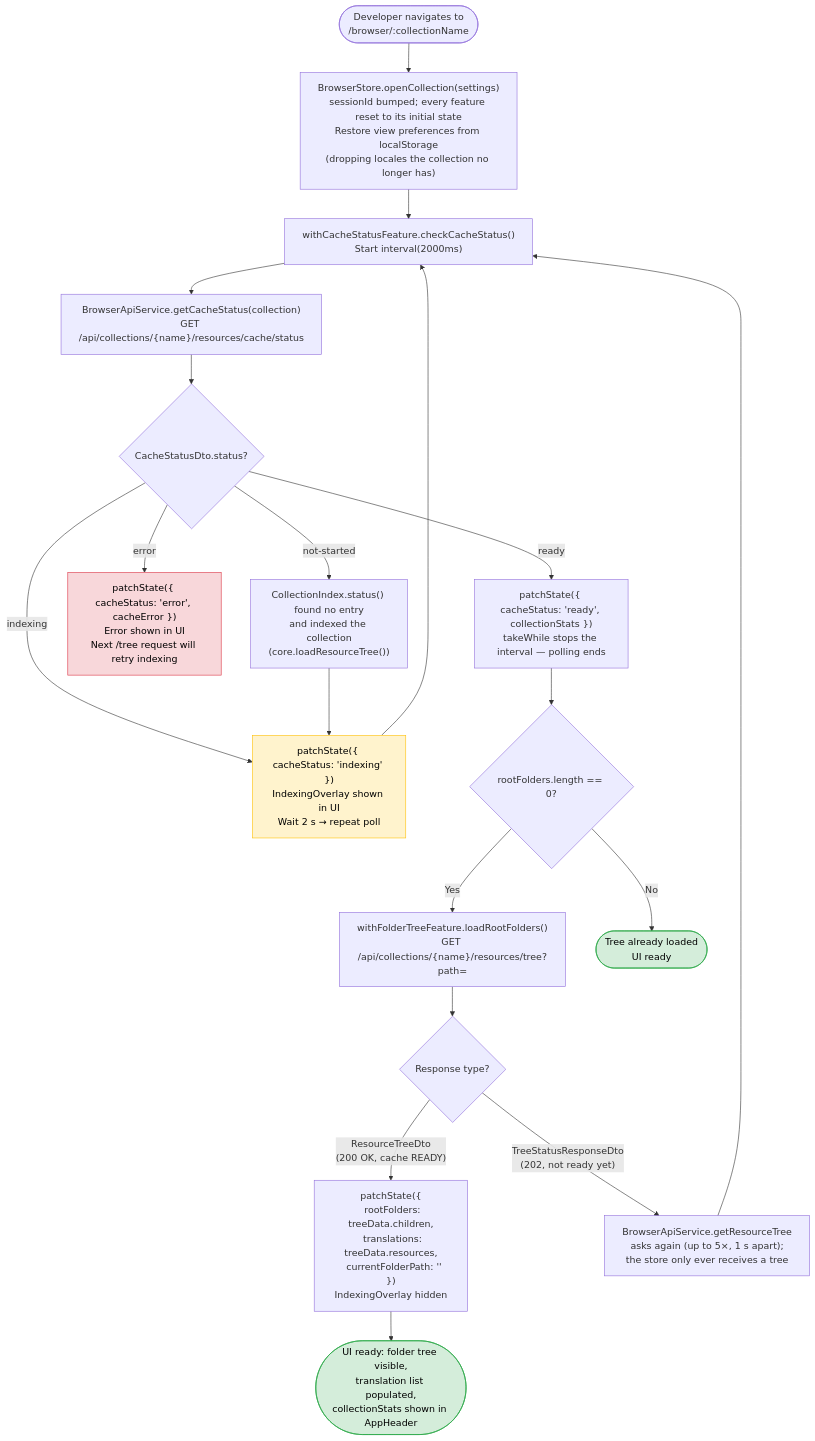
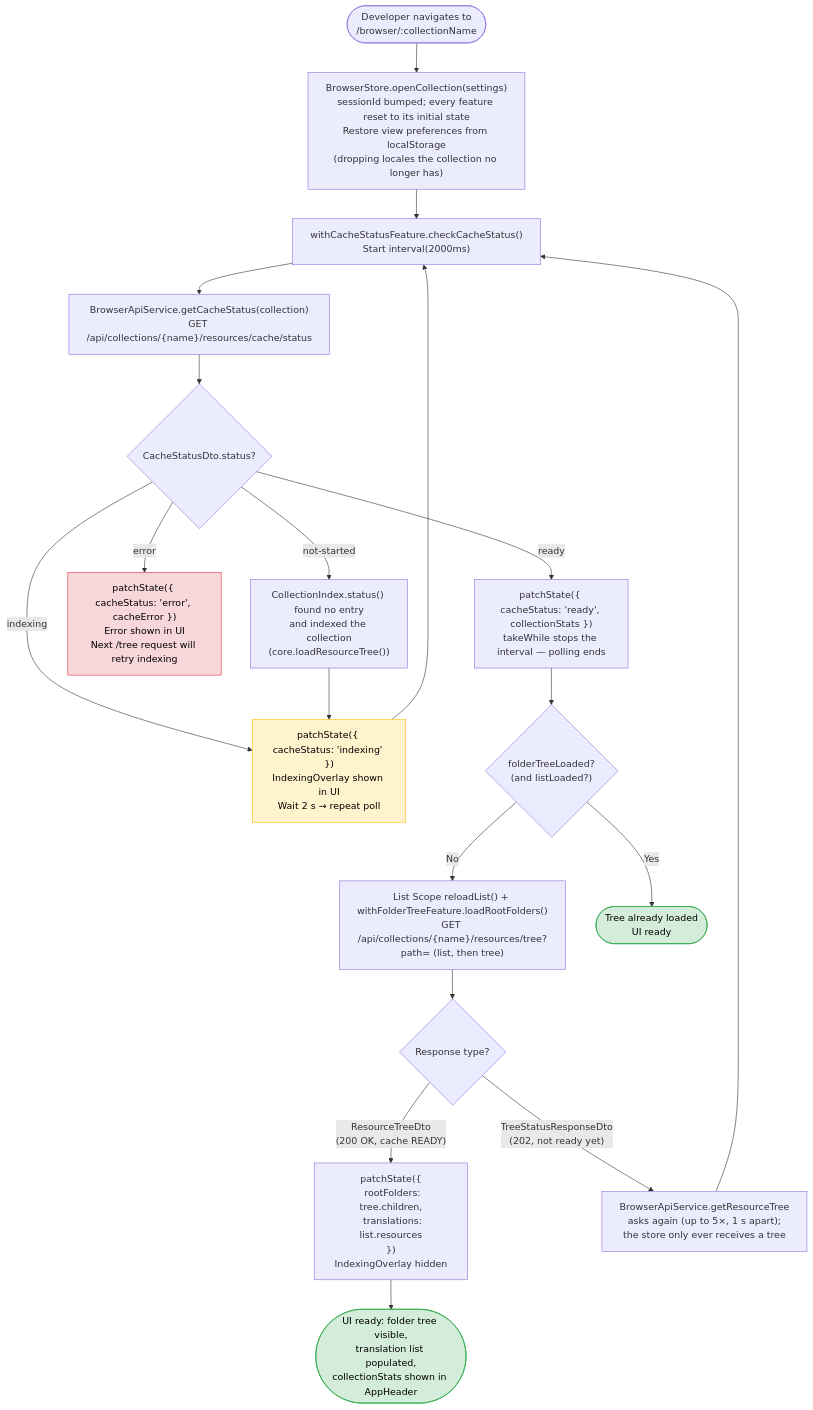
One commit to SimonNodel-AI/lingo-tracker changed the eighth of 8 diagrams in architecture-docs/user-flows.md. Above: the diagram before and after it, drawn with Mermaid. The commit also changed other lines of this file and 26 other files, not shown here.

First line of the commit message:
refactor(tracker): one List Scope owns what the translation list shows

````diff
--- a/architecture-docs/user-flows.md
+++ b/architecture-docs/user-flows.md
@@ -430,50 +433,50 @@
 ```mermaid
 flowchart TD
     START([Developer navigates to\n/browser/:collectionName]) --> SET_COLLECTION
 
     SET_COLLECTION["BrowserStore.openCollection(settings)\nsessionId bumped; every feature reset to its initial state\nRestore view preferences from localStorage\n(dropping locales the collection no longer has)"]
 
     SET_COLLECTION --> POLL_START["withCacheStatusFeature.checkCacheStatus()\nStart interval(2000ms)"]
 
     POLL_START --> CALL_STATUS["BrowserApiService.getCacheStatus(collection)\nGET /api/collections/{name}/resources/cache/status"]
 
     CALL_STATUS --> STATUS_CHECK{"CacheStatusDto.status?"}
 
     STATUS_CHECK -- "not-started" --> TRIGGER_INDEX
     STATUS_CHECK -- "indexing" --> WAIT_LOOP
 
     TRIGGER_INDEX["CollectionIndex.status() found no entry\nand indexed the collection\n(core.loadResourceTree())"]
 
     TRIGGER_INDEX --> WAIT_LOOP
 
     WAIT_LOOP["patchState({ cacheStatus: 'indexing' })\nIndexingOverlay shown in UI\nWait 2 s → repeat poll"]
 
     WAIT_LOOP --> POLL_START
 
     STATUS_CHECK -- "error" --> SHOW_ERROR
     SHOW_ERROR["patchState({ cacheStatus: 'error', cacheError })\nError shown in UI\nNext /tree request will retry indexing"]
 
     STATUS_CHECK -- "ready" --> MARK_READY["patchState({ cacheStatus: 'ready', collectionStats })\ntakeWhile stops the interval — polling ends"]
 
-    MARK_READY --> HAS_FOLDERS{"rootFolders.length == 0?"}
+    MARK_READY --> HAS_FOLDERS{"folderTreeLoaded?\n(and listLoaded?)"}
 
-    HAS_FOLDERS -- Yes --> LOAD_TREE
-    HAS_FOLDERS -- No --> DONE_INDEXED([Tree already loaded\nUI ready])
+    HAS_FOLDERS -- No --> LOAD_TREE
+    HAS_FOLDERS -- Yes --> DONE_INDEXED([Tree already loaded\nUI ready])
 
-    LOAD_TREE["withFolderTreeFeature.loadRootFolders()\nGET /api/collections/{name}/resources/tree?path="]
+    LOAD_TREE["List Scope reloadList() + withFolderTreeFeature.loadRootFolders()\nGET /api/collections/{name}/resources/tree?path= (list, then tree)"]
 
     LOAD_TREE --> TREE_RESPONSE{"Response type?"}
 
-    TREE_RESPONSE -- "ResourceTreeDto\n(200 OK, cache READY)" --> POPULATE["patchState({\n  rootFolders: treeData.children,\n  translations: treeData.resources,\n  currentFolderPath: ''\n})\nIndexingOverlay hidden"]
+    TREE_RESPONSE -- "ResourceTreeDto\n(200 OK, cache READY)" --> POPULATE["patchState({\n  rootFolders: tree.children,\n  translations: list.resources\n})\nIndexingOverlay hidden"]
 
     TREE_RESPONSE -- "TreeStatusResponseDto\n(202, not ready yet)" --> LOAD_TREE_RETRY["BrowserApiService.getResourceTree\nasks again (up to 5×, 1 s apart);\nthe store only ever receives a tree"]
 
     LOAD_TREE_RETRY --> POLL_START
 
     POPULATE --> DONE([UI ready: folder tree visible,\ntranslation list populated,\ncollectionStats shown in AppHeader])
 
     style SHOW_ERROR fill:#f8d7da,stroke:#dc3545,color:#000
     style DONE fill:#d4edda,stroke:#28a745,color:#000
     style DONE_INDEXED fill:#d4edda,stroke:#28a745,color:#000
     style WAIT_LOOP fill:#fff3cd,stroke:#ffc107,color:#000
 ```
````
